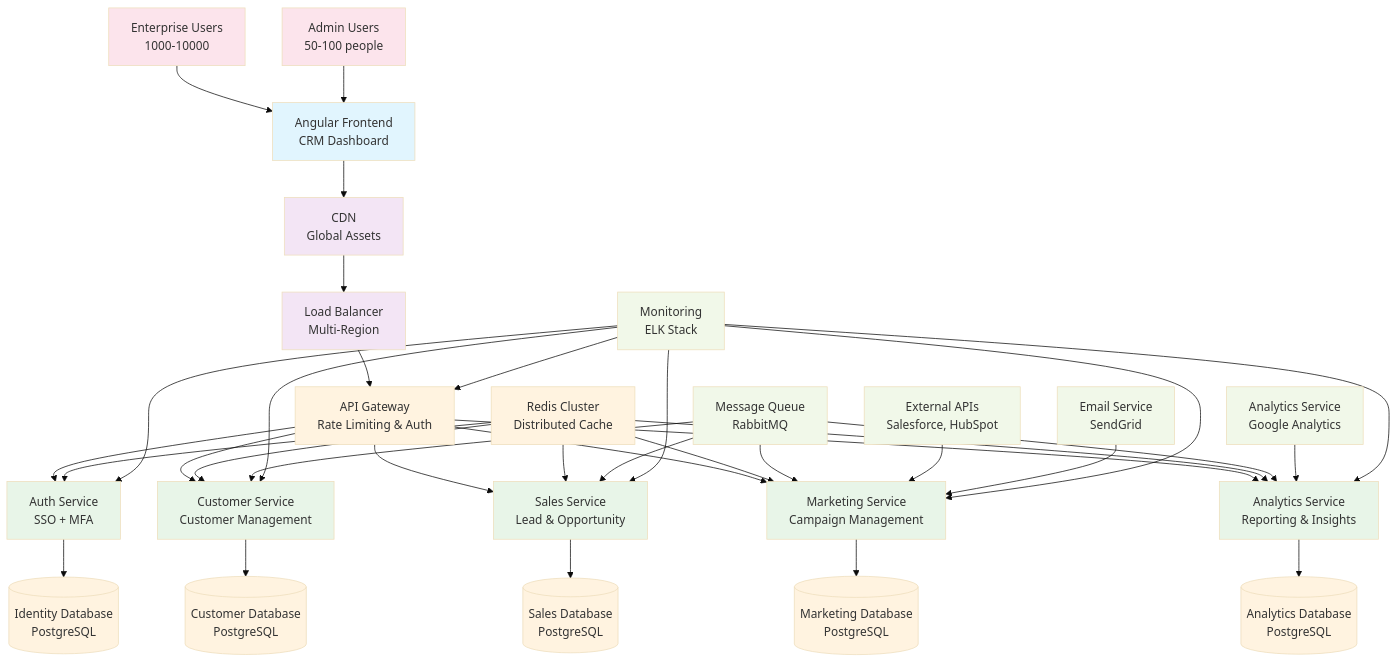
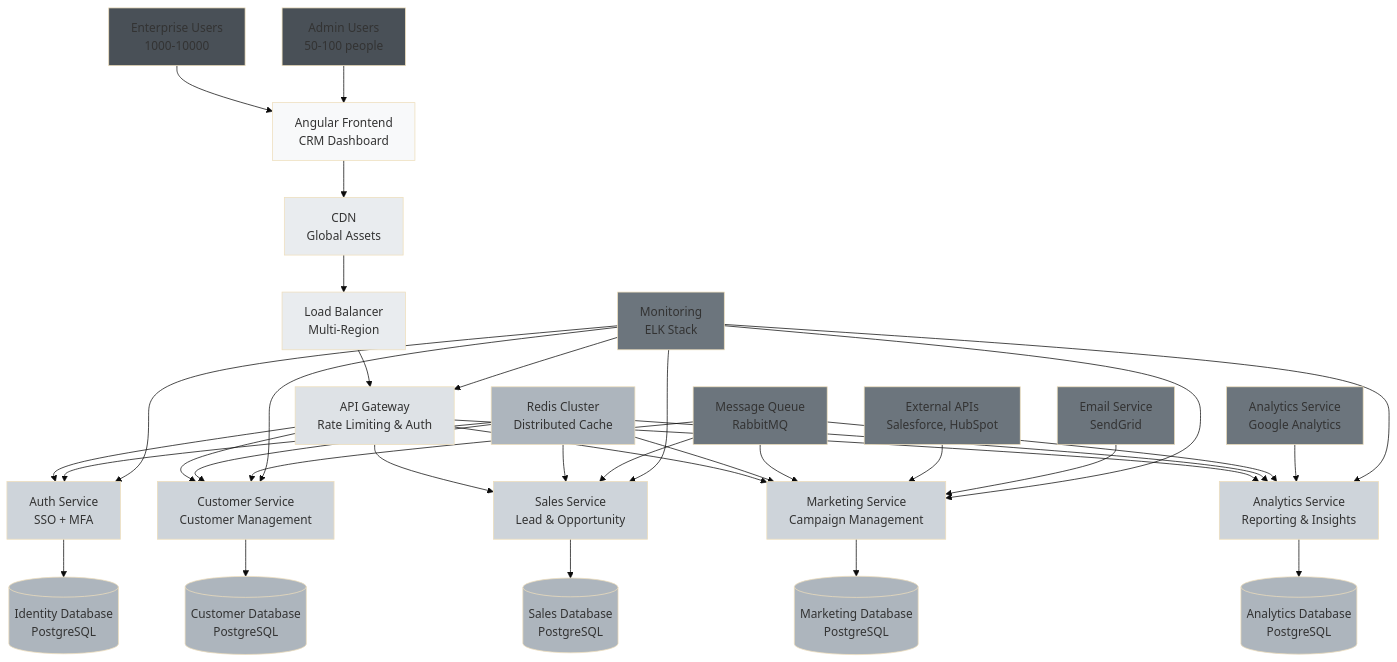
Before and after one commit to nayanvithanage/code_20-architecture-practice: the fourth of 5 diagrams in architecture-by-size-examples.md, drawn with Mermaid (base theme). The commit also changed other lines of this file, not shown here.

Commit message:
refactor: update color styles in architecture-by-size examples for improved readability

````diff
--- a/architecture-by-size-examples.md
+++ b/architecture-by-size-examples.md
@@ -136,66 +136,66 @@
 ```mermaid
 graph TD
     A[Angular Frontend<br/>CRM Dashboard] --> B[CDN<br/>Global Assets]
     B --> C[Load Balancer<br/>Multi-Region]
     C --> D[API Gateway<br/>Rate Limiting & Auth]
     
     D --> E[Auth Service<br/>SSO + MFA]
     D --> F[Customer Service<br/>Customer Management]
     D --> G[Sales Service<br/>Lead & Opportunity]
     D --> H[Marketing Service<br/>Campaign Management]
     D --> I[Analytics Service<br/>Reporting & Insights]
     
     E --> J[(Identity Database<br/>PostgreSQL)]
     F --> K[(Customer Database<br/>PostgreSQL)]
     G --> L[(Sales Database<br/>PostgreSQL)]
     H --> M[(Marketing Database<br/>PostgreSQL)]
     I --> N[(Analytics Database<br/>PostgreSQL)]
     
     O[Redis Cluster<br/>Distributed Cache] --> E
     O --> F
     O --> G
     O --> H
     O --> I
     
     P[Message Queue<br/>RabbitMQ] --> F
     P --> G
     P --> H
     P --> I
     
     Q[External APIs<br/>Salesforce, HubSpot] --> H
     R[Email Service<br/>SendGrid] --> H
     S[Analytics Service<br/>Google Analytics] --> I
     
     T[Monitoring<br/>ELK Stack] --> D
     T --> E
     T --> F
     T --> G
     T --> H
     T --> I
     
     U[Enterprise Users<br/>1000-10000] --> A
     V[Admin Users<br/>50-100 people] --> A
     
-    style A fill:#e1f5fe
-    style B fill:#f3e5f5
-    style C fill:#f3e5f5
-    style D fill:#fff3e0
-    style E fill:#e8f5e8
-    style F fill:#e8f5e8
-    style G fill:#e8f5e8
-    style H fill:#e8f5e8
-    style I fill:#e8f5e8
-    style J fill:#fff3e0
-    style K fill:#fff3e0
-    style L fill:#fff3e0
-    style M fill:#fff3e0
-    style N fill:#fff3e0
-    style O fill:#fff3e0
-    style P fill:#f1f8e9
-    style Q fill:#f1f8e9
-    style R fill:#f1f8e9
-    style S fill:#f1f8e9
-    style T fill:#f1f8e9
-    style U fill:#fce4ec
-    style V fill:#fce4ec
+    style A fill:#f8f9fa
+    style B fill:#e9ecef
+    style C fill:#e9ecef
+    style D fill:#dee2e6
+    style E fill:#ced4da
+    style F fill:#ced4da
+    style G fill:#ced4da
+    style H fill:#ced4da
+    style I fill:#ced4da
+    style J fill:#adb5bd
+    style K fill:#adb5bd
+    style L fill:#adb5bd
+    style M fill:#adb5bd
+    style N fill:#adb5bd
+    style O fill:#adb5bd
+    style P fill:#6c757d
+    style Q fill:#6c757d
+    style R fill:#6c757d
+    style S fill:#6c757d
+    style T fill:#6c757d
+    style U fill:#495057
+    style V fill:#495057
 ```
````
